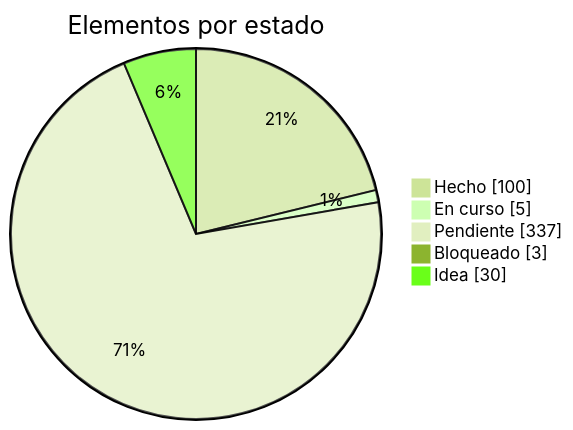
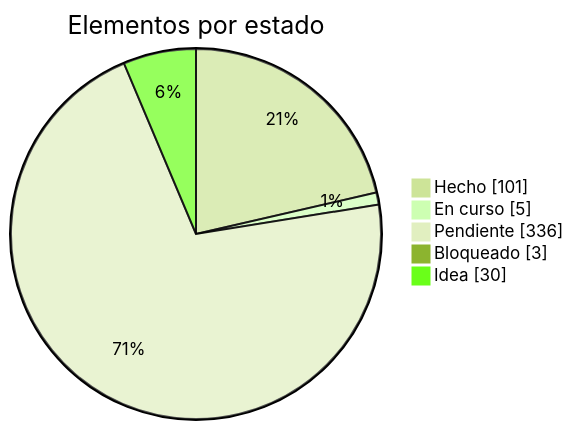
Before and after one commit to dariogea/BM27: the first of 2 diagrams in docs/roadmap.md, drawn with Mermaid (forest theme). The commit also changed other lines of this file and 10 other files, not shown here.

````diff
--- a/docs/roadmap.md
+++ b/docs/roadmap.md
@@ -13,8 +13,8 @@
 ```mermaid
 pie showData title Elementos por estado
-  "Hecho" : 100
+  "Hecho" : 101
   "En curso" : 5
-  "Pendiente" : 337
+  "Pendiente" : 336
   "Bloqueado" : 3
   "Idea" : 30
 ```
````
